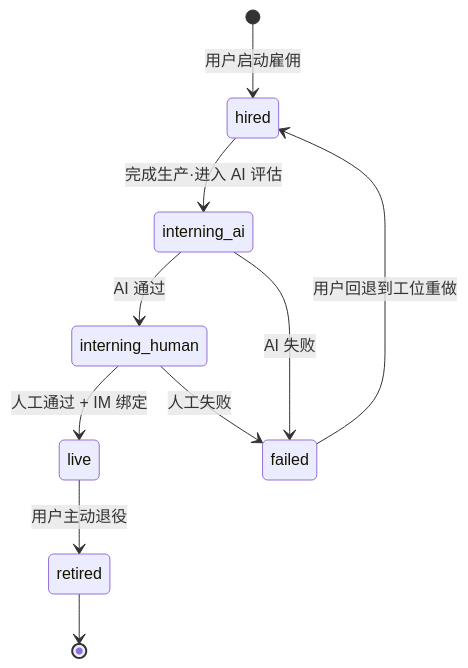
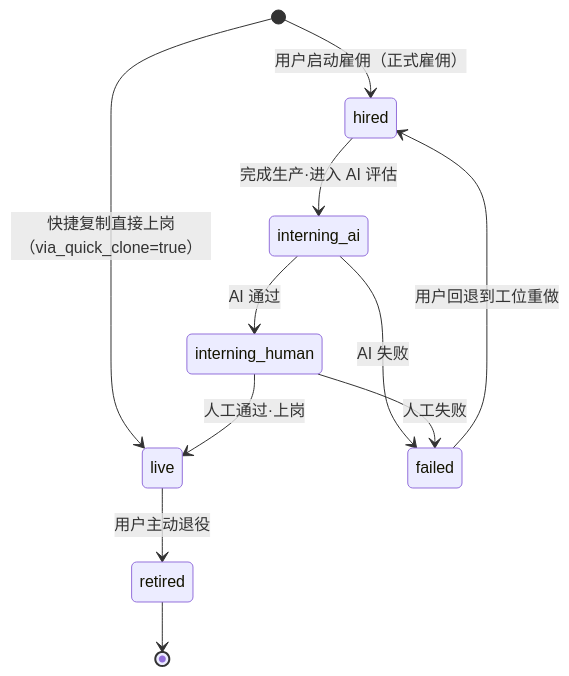
Before and after one commit to wayyet/hirebot-web: the ninth of 10 diagrams in 02-0 雇佣端完整需求规格说明书.md, drawn with Mermaid. The commit also changed other lines of this file and 18 other files, not shown here.

````diff
--- a/02-0 雇佣端完整需求规格说明书.md
+++ b/02-0 雇佣端完整需求规格说明书.md
@@ -1016,12 +1346,13 @@
 ```mermaid
 stateDiagram-v2
-    [*] --> hired: 用户启动雇佣
+    [*] --> hired: 用户启动雇佣（正式雇佣）
+    [*] --> live: 快捷复制直接上岗（via_quick_clone=true）
     hired --> interning_ai: 完成生产·进入 AI 评估
     interning_ai --> interning_human: AI 通过
     interning_ai --> failed: AI 失败
-    interning_human --> live: 人工通过 + IM 绑定
+    interning_human --> live: 人工通过·上岗
     interning_human --> failed: 人工失败
     failed --> hired: 用户回退到工位重做
     live --> retired: 用户主动退役
     retired --> [*]
 ```
````
